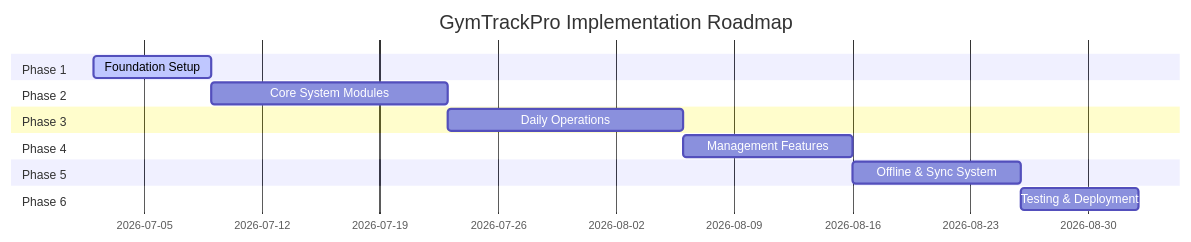
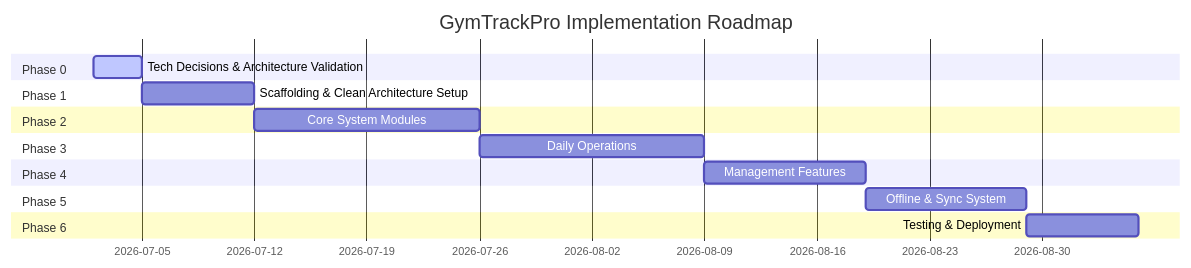
The diagram in docs/02_Development_Roadmap.md (Kimchi991/GYM-TRACK), drawn with Mermaid before and after one commit. The commit also changed other lines of this file and 11 other files, not shown here.

Commit message:
chore: align architecture to Clean Architecture, inject Phase 0, and add CI templates & LICENSE

````diff
--- a/docs/02_Development_Roadmap.md
+++ b/docs/02_Development_Roadmap.md
@@ -9,17 +9,19 @@
 ```mermaid
 gantt
     title GymTrackPro Implementation Roadmap
     dateFormat  YYYY-MM-DD
+    section Phase 0
+    Tech Decisions & Architecture Validation :active, p0, 2026-07-02, 3d
     section Phase 1
-    Foundation Setup          :active, p1, 2026-07-02, 7d
+    Scaffolding & Clean Architecture Setup  : p1, after p0, 7d
     section Phase 2
     Core System Modules       : p2, after p1, 14d
     section Phase 3
     Daily Operations          : p3, after p2, 14d
     section Phase 4
     Management Features       : p4, after p3, 10d
     section Phase 5
     Offline & Sync System    : p5, after p4, 10d
     section Phase 6
     Testing & Deployment      : p6, after p5, 7d
 ```
````
